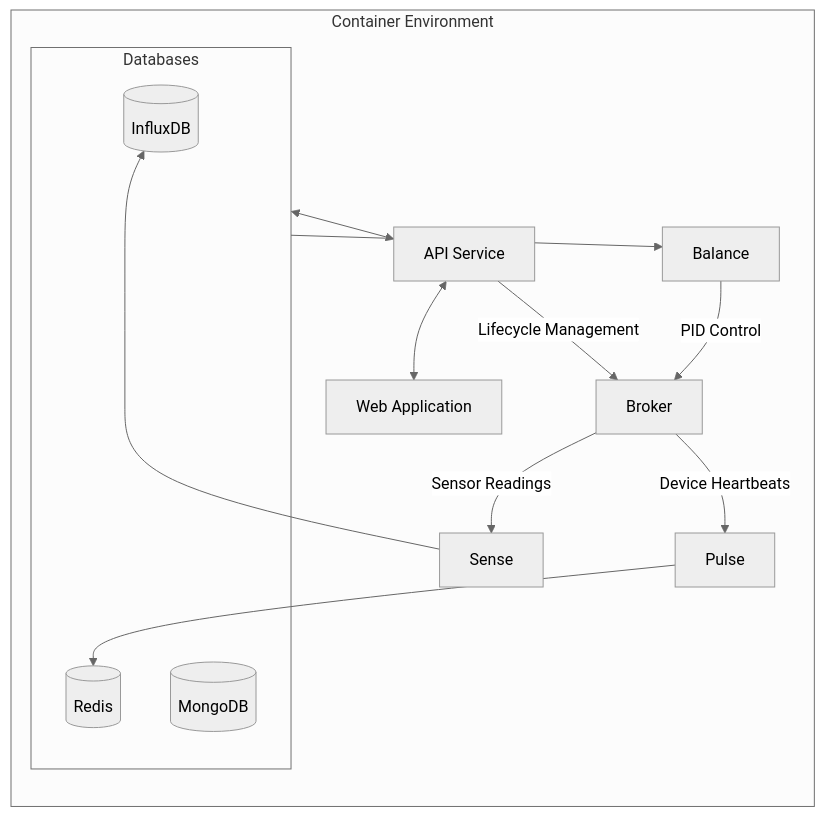
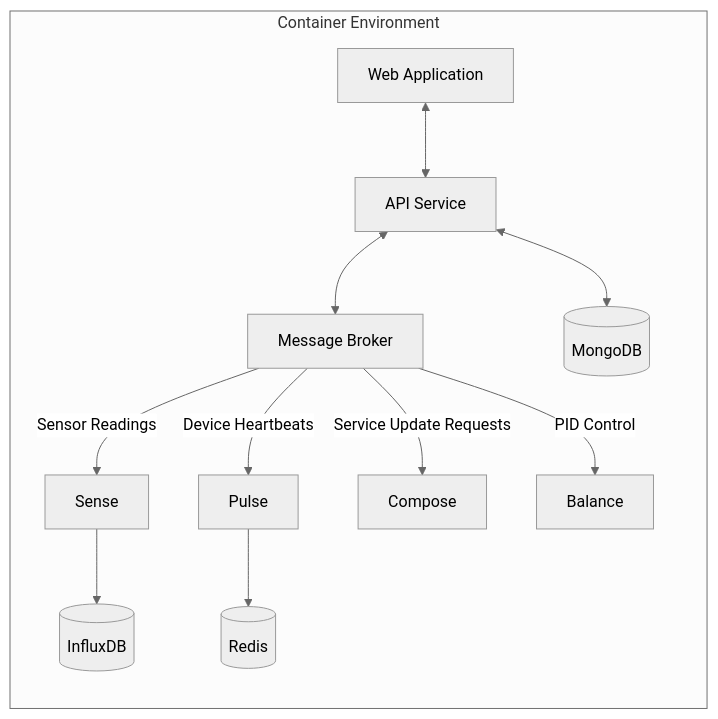
The second of 2 diagrams in content/developers/architecture.md (WolfControl/wolfcontrol.github.io), drawn with Mermaid (neutral theme) before and after one commit. The commit also changed other lines of this file, not shown here.

Commit message:
update architecture diagram

````diff
--- a/content/developers/architecture.md
+++ b/content/developers/architecture.md
@@ -48,29 +50,24 @@
 ```mermaid
 graph LR
 subgraph "Container Environment"
-    Broker
+    Broker[Message Broker]
     Sense
     Pulse
     Balance
-    subgraph "Databases"
-        Influx[(InfluxDB)]
-        Mongo[(MongoDB)]
-        Redis[(Redis)]
-    end
+    Compose
     API[API Service]
     WebApp[Web Application]
-end
+    Influx[(InfluxDB)]
+    Mongo[(MongoDB)]
+    Redis[(Redis)]
+    end
 
-Broker -- "Sensor Readings" --> Sense
-Broker -- "Device Heartbeats" --> Pulse
-Sense --> Influx
-Pulse --> Redis
+Broker -- "Sensor Readings" --> Sense --> Influx
+Broker -- "Device Heartbeats" --> Pulse --> Redis
+Broker -- "Service Update Requests" --> Compose
+Broker -- "PID Control" --> Balance
 
-Databases --> Balance
-Databases <--> API
+API <--> Mongo
 
-API -- "Lifecycle Management" --> Broker
-API  <--> WebApp
-
-Balance -- "PID Control" --> Broker
+WebApp <--> API <--> Broker
 ```
````
